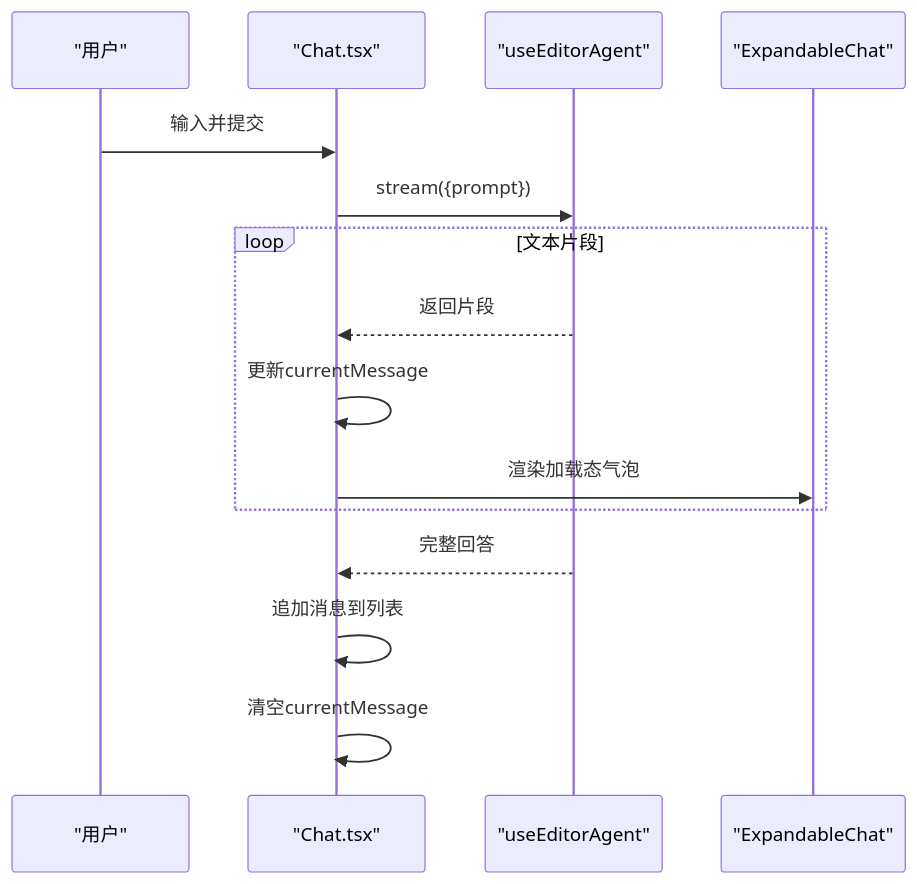
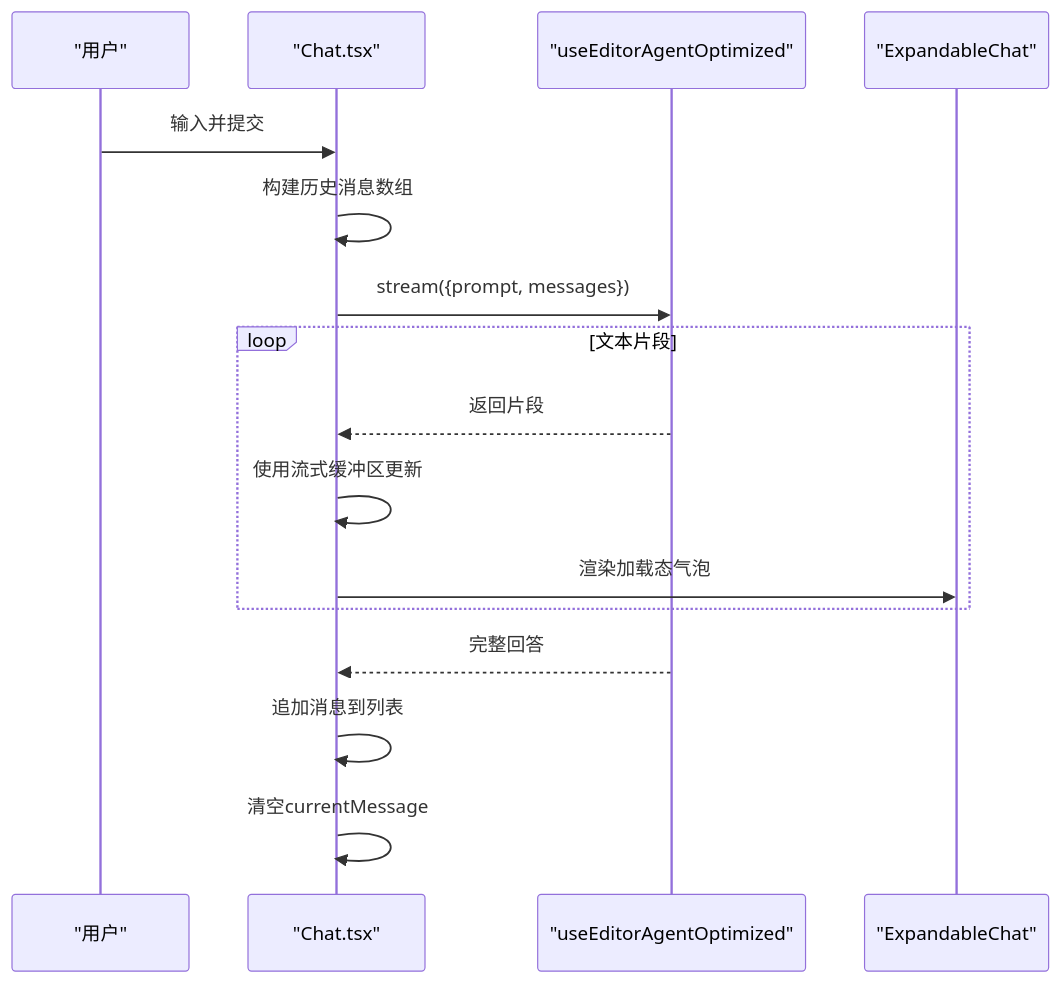
One commit to LRF0422/Kotion changed the sixth of 15 diagrams in .qoder/repowiki/zh/content/功能模块/AI插件/AI聊天界面.md. Above: the diagram before and after it, drawn with Mermaid. The commit also changed other lines of this file and 75 other files, not shown here.

````diff
--- a/.qoder/repowiki/zh/content/功能模块/AI插件/AI聊天界面.md
+++ b/.qoder/repowiki/zh/content/功能模块/AI插件/AI聊天界面.md
@@ -269,17 +367,18 @@
 ```mermaid
 sequenceDiagram
 participant U as "用户"
 participant C as "Chat.tsx"
-participant A as "useEditorAgent"
+participant A as "useEditorAgentOptimized"
 participant UI as "ExpandableChat"
 U->>C : 输入并提交
-C->>A : stream({prompt})
+C->>C : 构建历史消息数组
+C->>A : stream({prompt, messages})
 loop 文本片段
 A-->>C : 返回片段
-C->>C : 更新currentMessage
+C->>C : 使用流式缓冲区更新
 C->>UI : 渲染加载态气泡
 end
 A-->>C : 完整回答
 C->>C : 追加消息到列表
 C->>C : 清空currentMessage
 ```
````
